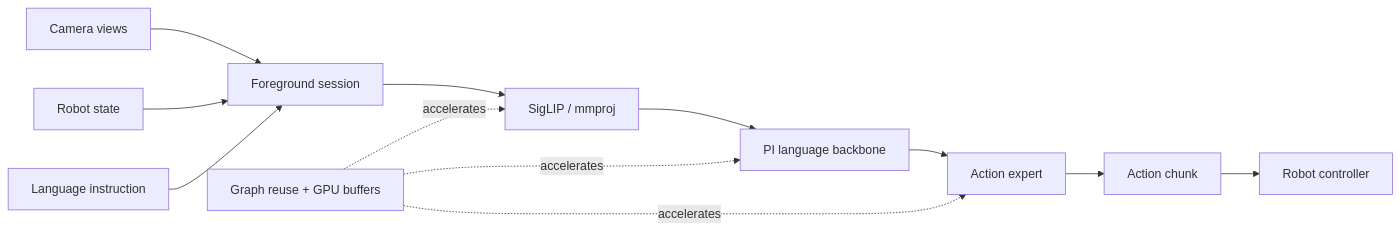
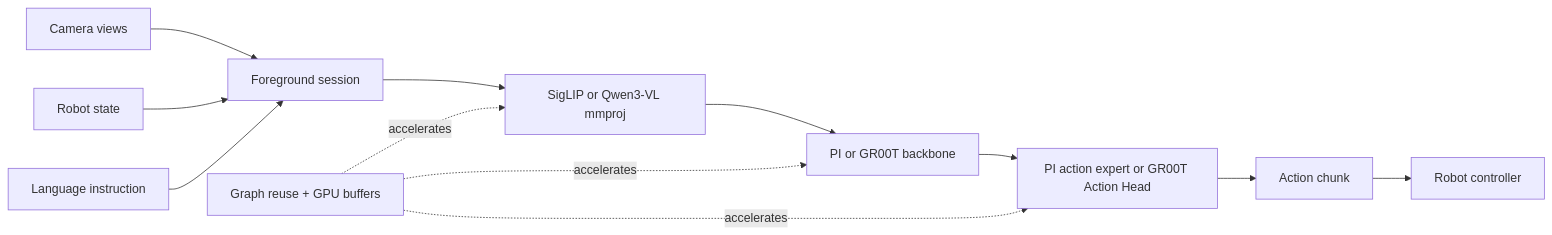
The diagram in README.md (PKU-SEC-Lab/Jetson-PI-Edge), drawn with Mermaid before and after one commit. The commit also changed other lines of this file and 7 other files, not shown here.

````diff
--- a/README.md
+++ b/README.md
@@ -102,15 +104,15 @@
 ```mermaid
 flowchart LR
     CAM[Camera views] --> SESSION[Foreground session]
     STATE[Robot state] --> SESSION
     TEXT[Language instruction] --> SESSION
-    SESSION --> VIT[SigLIP / mmproj]
-    VIT --> VLM[PI language backbone]
-    VLM --> AE[Action expert]
+    SESSION --> VIT[SigLIP or Qwen3-VL mmproj]
+    VIT --> VLM[PI or GR00T backbone]
+    VLM --> AE[PI action expert or GR00T Action Head]
     AE --> ACTION[Action chunk]
     ACTION --> ROBOT[Robot controller]
 
     CACHE[Graph reuse + GPU buffers] -. accelerates .-> VIT
     CACHE -. accelerates .-> VLM
     CACHE -. accelerates .-> AE
 ```
````
